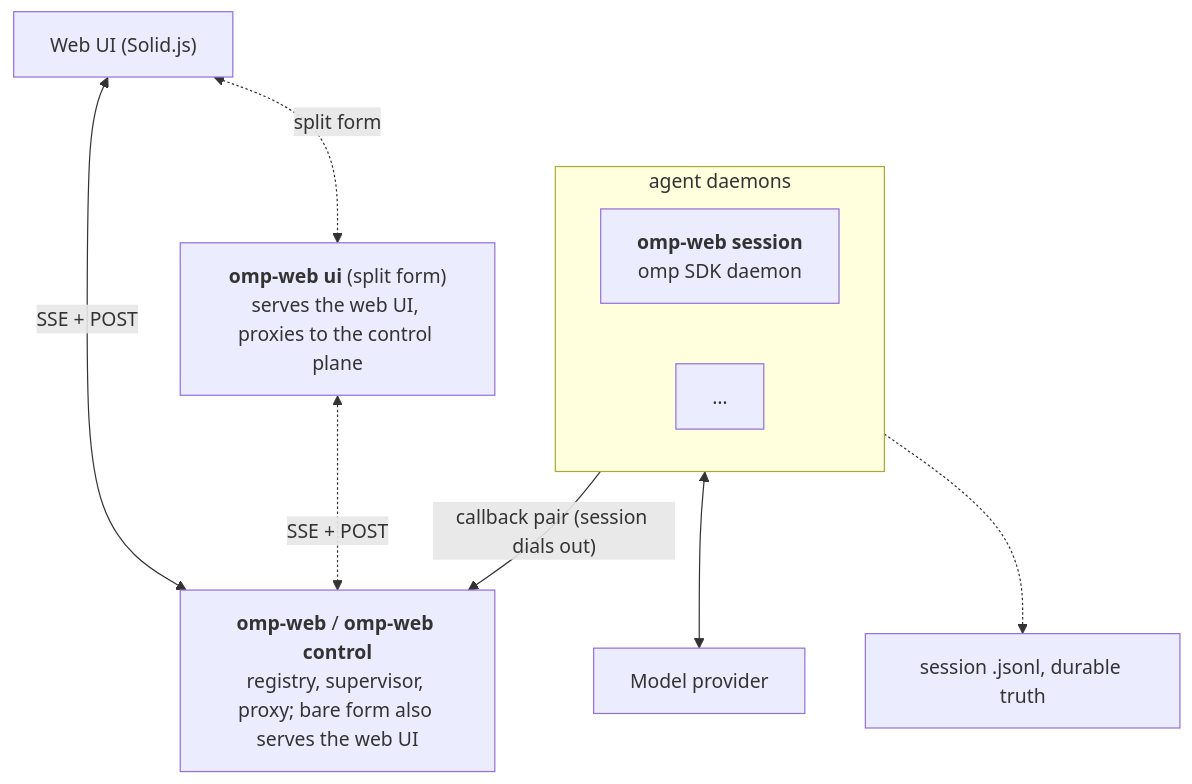
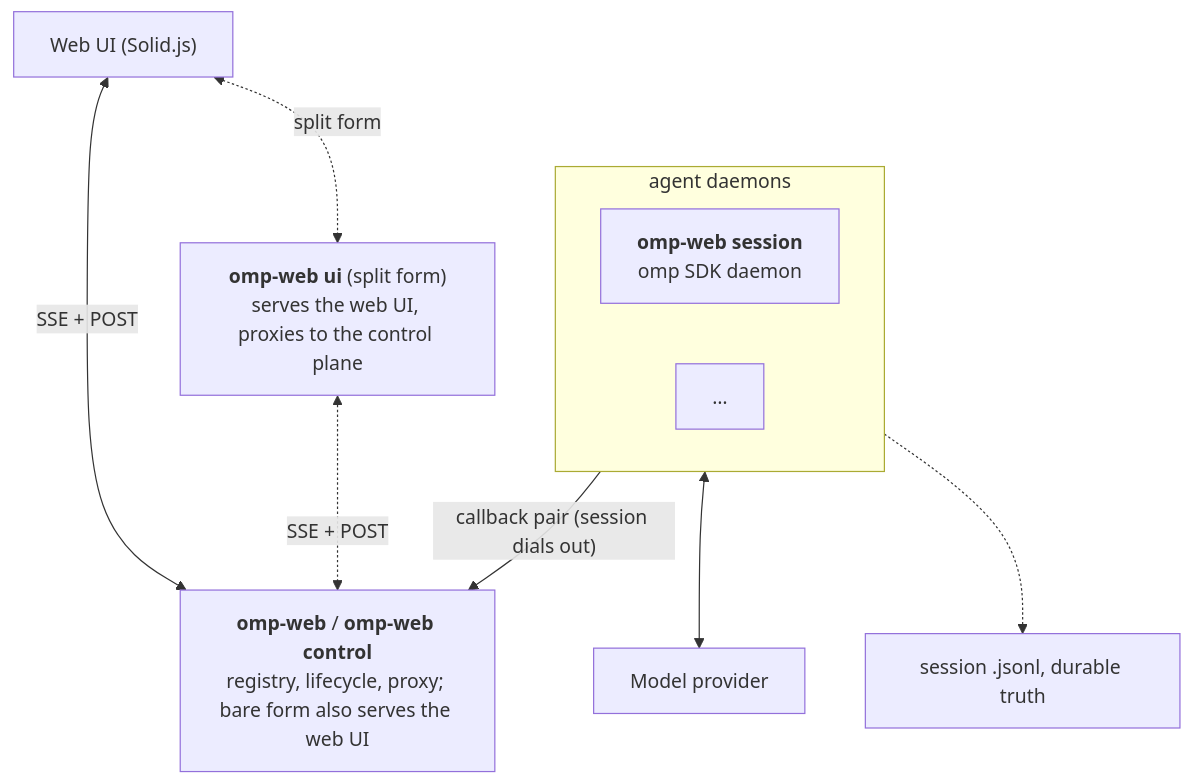
The diagram in README.md (nibblebot/omp-web), drawn with Mermaid before and after one commit. The commit also changed other lines of this file and 45 other files, not shown here.

First line of the commit message:
refactor(fleet): host runtime provider in the lifecycle; supervisor becomes ProjectSync (x7bd)

````diff
--- a/README.md
+++ b/README.md
@@ -50,20 +50,20 @@
 ```mermaid
 flowchart TB
   browser["Web UI (Solid.js)"]
-  fleet["<b>omp-web</b> / <b>omp-web control</b><br/>registry, supervisor, proxy; bare form also serves the web UI"]
+  fleet["<b>omp-web</b> / <b>omp-web control</b><br/>registry, lifecycle, proxy; bare form also serves the web UI"]
   uiproc["<b>omp-web ui</b> (split form)<br/>serves the web UI, proxies to the control plane"]
   model["Model provider"]
   log["session .jsonl, durable truth"]
 
   subgraph daemons["agent daemons"]
     daemon1["<b>omp-web session</b> <br/>omp SDK daemon"]
     dots["…"]
   end
 
   browser <-->|"SSE + POST"| fleet
   browser <-.->|"split form"| uiproc
   uiproc <-.->|"SSE + POST"| fleet
   daemons -->|"callback pair (session dials out)"| fleet
   daemons <--> model
   daemons -.-> log
 ```
````
